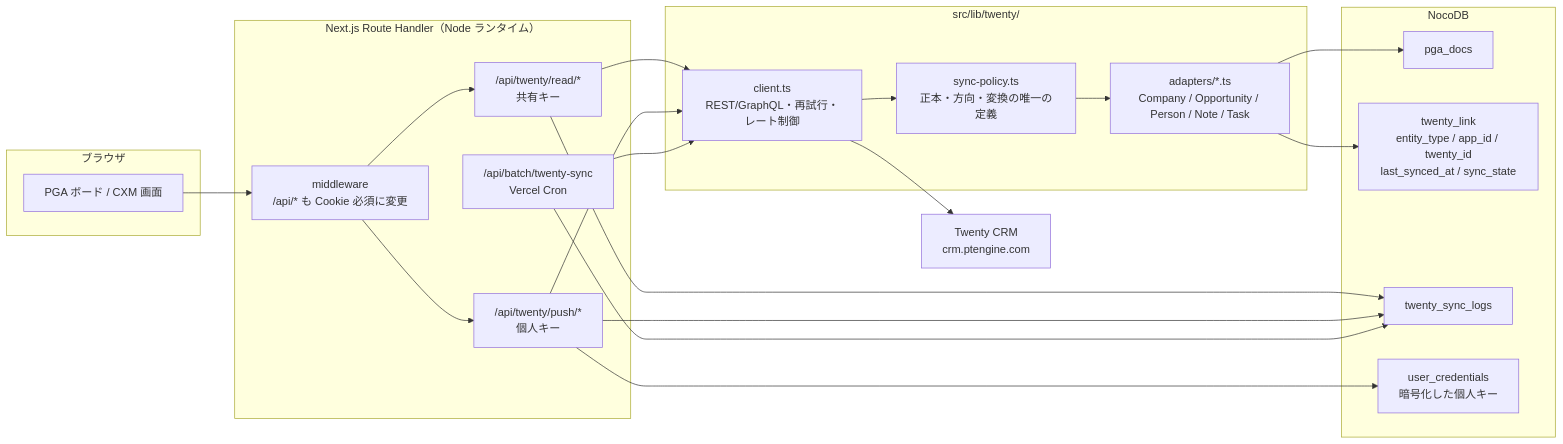
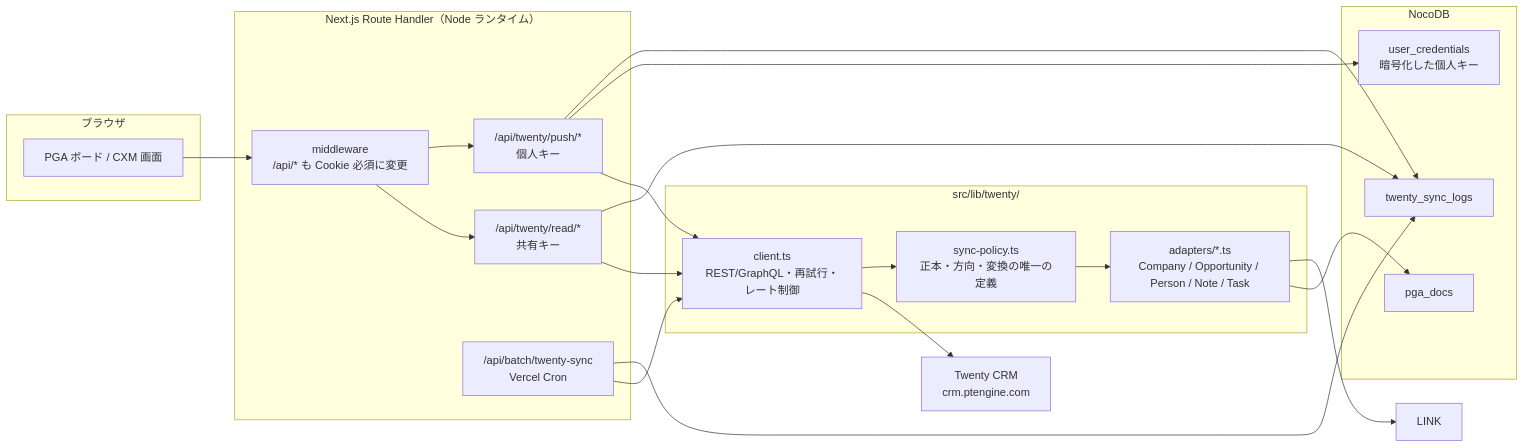
The third of 3 diagrams in docs/current-state-audit.md (Kubotie/cxm), drawn with Mermaid before and after one commit. The commit also changed other lines of this file and 73 other files, not shown here.

````diff
--- a/docs/current-state-audit.md
+++ b/docs/current-state-audit.md
@@ -458,31 +568,30 @@
 ```mermaid
 flowchart LR
   subgraph BR["ブラウザ"]
     UI["PGA ボード / CXM 画面"]
   end
   subgraph SRV["Next.js Route Handler（Node ランタイム）"]
     GATE["middleware<br/>/api/* も Cookie 必須に変更"]
     RD["/api/twenty/read/*<br/>共有キー"]
     WR["/api/twenty/push/*<br/>個人キー"]
     BATCH["/api/batch/twenty-sync<br/>Vercel Cron"]
   end
   subgraph LIB["src/lib/twenty/"]
     CL["client.ts<br/>REST/GraphQL・再試行・レート制御"]
     POL["sync-policy.ts<br/>正本・方向・変換の唯一の定義"]
     AD["adapters/*.ts<br/>Company / Opportunity / Person / Note / Task"]
   end
   subgraph STORE["NocoDB"]
     PGA["pga_docs"]
-    LINK["twenty_link<br/>entity_type / app_id / twenty_id<br/>last_synced_at / sync_state"]
     LOG["twenty_sync_logs"]
     CRED["user_credentials<br/>暗号化した個人キー"]
   end
   TW["Twenty CRM<br/>crm.ptengine.com"]
 
   UI --> GATE --> RD & WR
   RD & WR & BATCH --> CL --> TW
   CL --> POL --> AD
   AD --> PGA & LINK
   WR --> CRED
   RD & WR & BATCH --> LOG
 ```
````
